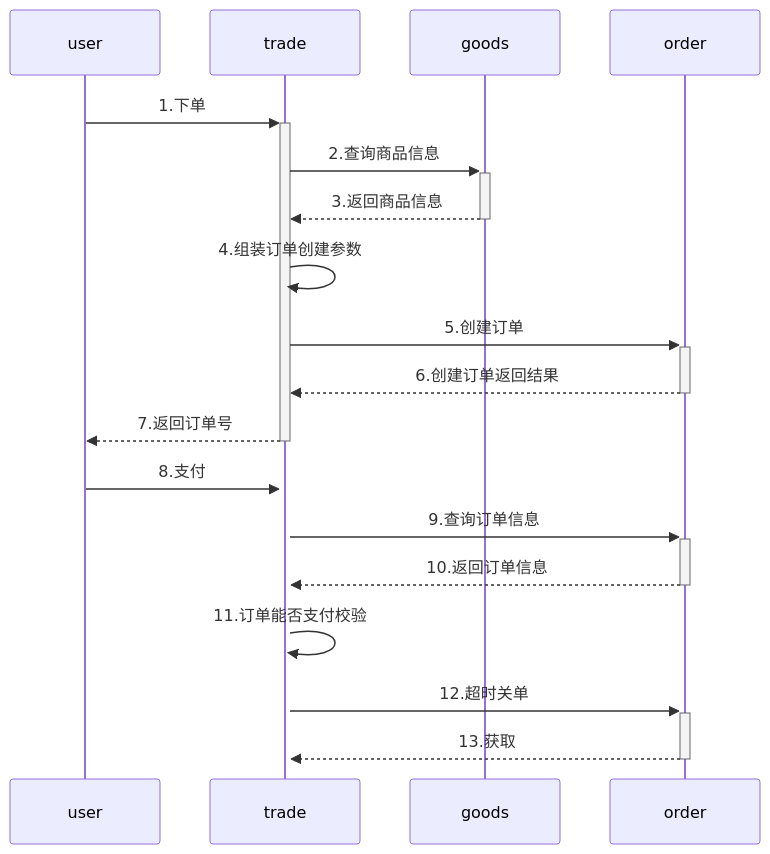
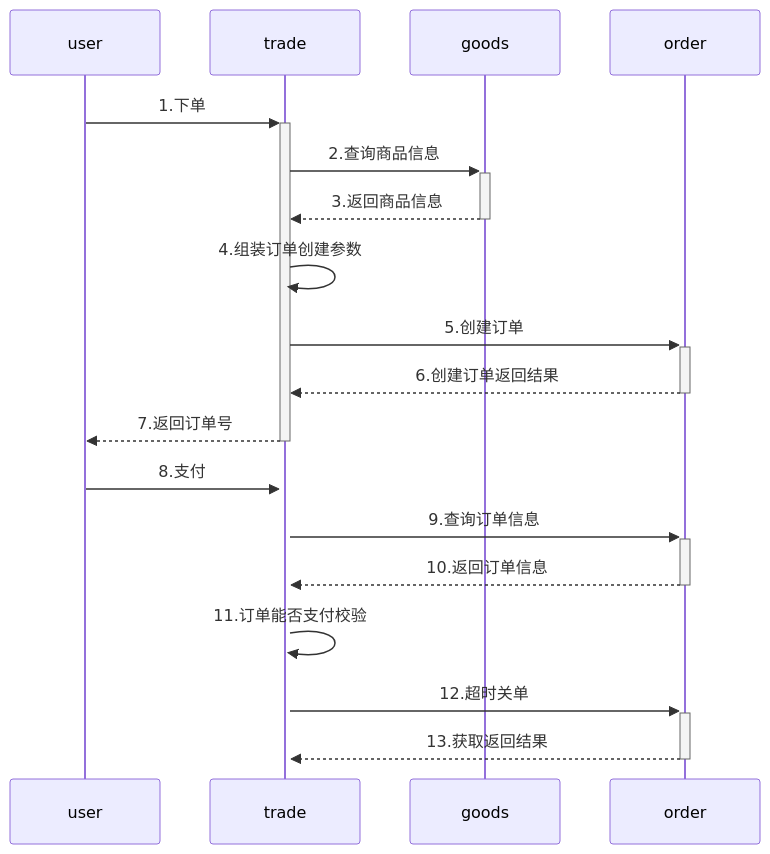
Before and after one commit to yingjianzh/iodraw-files: the diagram in all/未命名-6.md, drawn with Mermaid.

Commit message:
2024-08-19 15:47:36 update

````diff
--- a/all/未命名-6.md
+++ b/all/未命名-6.md
@@ -1,16 +1,17 @@
 ```mermaid
 sequenceDiagram
     user->>+trade: 1.下单
     trade->>+goods: 2.查询商品信息
     goods-->>-trade: 3.返回商品信息
     trade->>trade: 4.组装订单创建参数
     trade->>+order: 5.创建订单
     order-->>-trade: 6.创建订单返回结果
     trade-->>-user: 7.返回订单号
     user->>+trade: 8.支付
     trade->>+order: 9.查询订单信息
     order-->>-trade: 10.返回订单信息
     trade->>trade: 11.订单能否支付校验
     trade->>+order: 12.超时关单
-    order-->>-trade: 13.获取
+    order-->>-trade: 13.获取返回结果
+    
 ```
````
